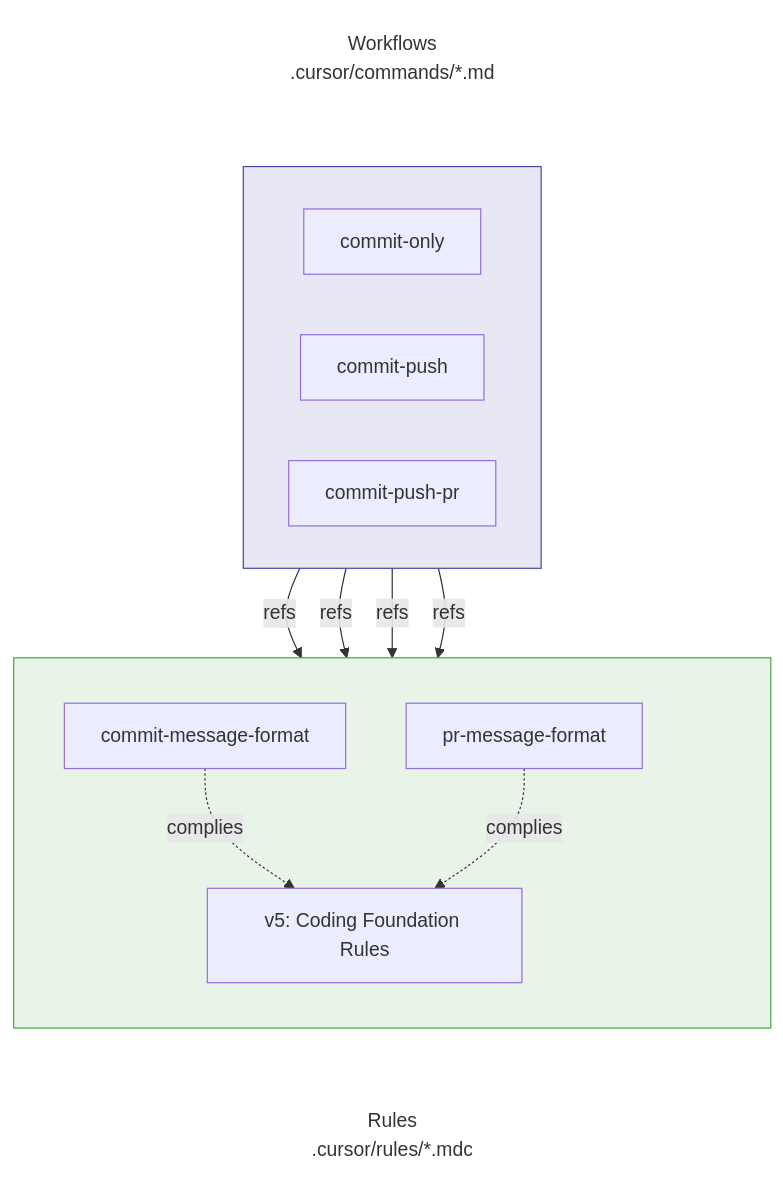
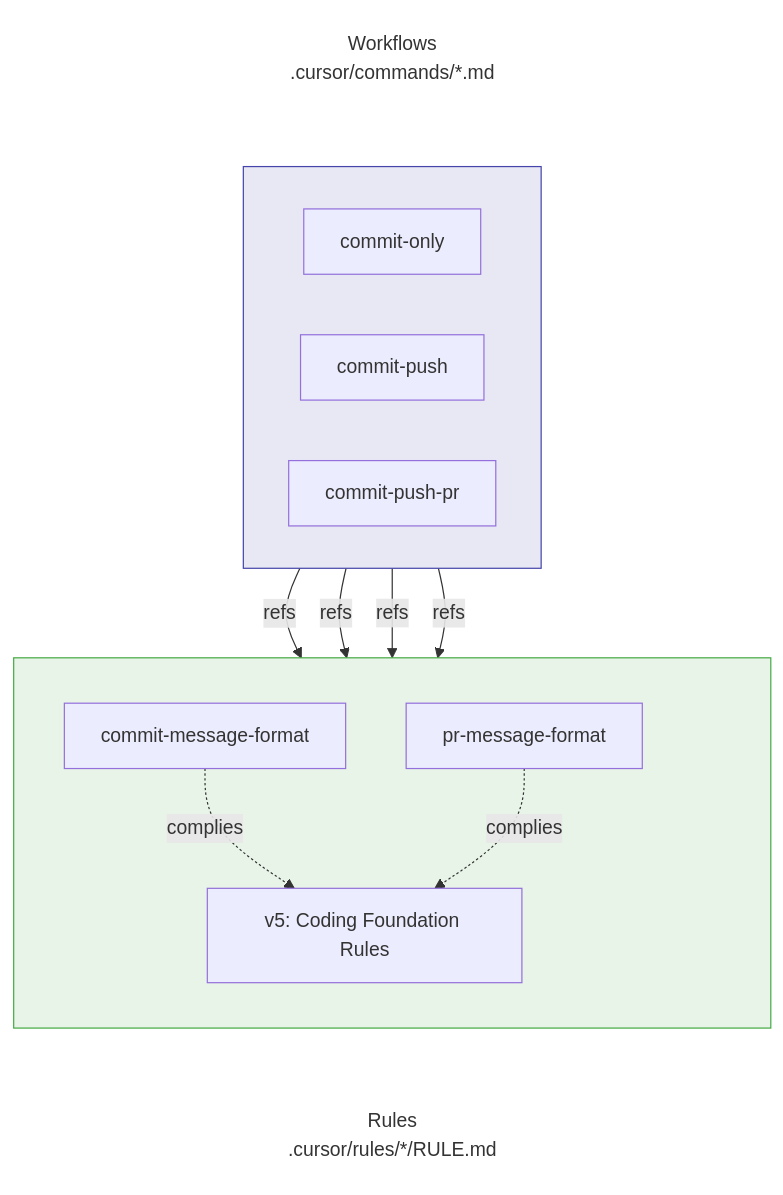
The first of 2 diagrams in en/doc/rules-and-workflows.md (kinopeee/cursorrules), drawn with Mermaid before and after one commit. The commit also changed other lines of this file and 35 other files, not shown here.

````diff
--- a/en/doc/rules-and-workflows.md
+++ b/en/doc/rules-and-workflows.md
@@ -90,43 +90,43 @@
 ```mermaid
 flowchart TB
     WLabel[Workflows<br/>.cursor/commands/*.md]
     
     subgraph Workflow[" "]
         direction LR
         W1[commit-only]
         W2[commit-push]
         W3[commit-push-pr]
     end
 
     subgraph Rules[" "]
         direction TB
         R1[commit-message-format]
         R2[pr-message-format]
         space[ ]
         V5[v5: Coding Foundation Rules]
     end
     
-    RLabel[Rules<br/>.cursor/rules/*.mdc]
+    RLabel[Rules<br/>.cursor/rules/*/RULE.md]
 
     WLabel ~~~ Workflow
     Workflow ~~~ Rules
     Rules ~~~ RLabel
 
     W1 -->|refs| R1
     W2 -->|refs| R1
     W3 -->|refs| R1
     W3 -->|refs| R2
     
     R1 -.->|complies| V5
     R2 -.->|complies| V5
 
     style Workflow fill:#e8e8f4,stroke:#44a
     style Rules fill:#e8f4e8,stroke:#4a4
     style WLabel fill:none,stroke:none
     style RLabel fill:none,stroke:none
     style space fill:none,stroke:none
     
     linkStyle 0 stroke:none
     linkStyle 1 stroke:none
     linkStyle 2 stroke:none
 ```
````
